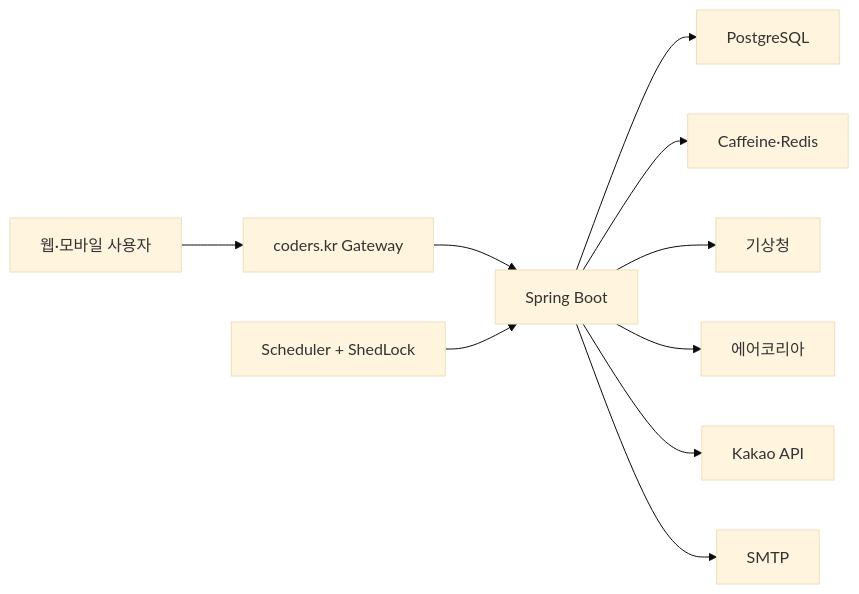
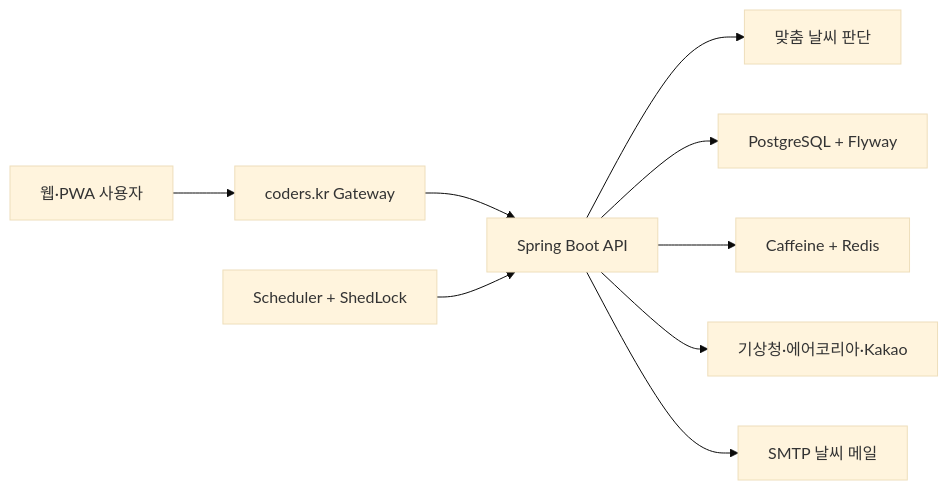
The diagram in README.md (boclair98/Weather), drawn with Mermaid (base theme) before and after one commit. The commit also changed other lines of this file and 11 other files, not shown here.

````diff
--- a/README.md
+++ b/README.md
@@ -110,12 +129,11 @@
 ```mermaid
 flowchart LR
-    U["웹·모바일 사용자"] --> G["coders.kr Gateway"]
-    G --> A["Spring Boot"]
-    A --> DB["PostgreSQL"]
-    A --> C["Caffeine·Redis"]
-    A --> K["기상청"]
-    A --> E["에어코리아"]
-    A --> M["Kakao API"]
-    A --> S["SMTP"]
+    U["웹·PWA 사용자"] --> G["coders.kr Gateway"]
+    G --> A["Spring Boot API"]
+    A --> D["맞춤 날씨 판단"]
+    A --> DB["PostgreSQL + Flyway"]
+    A --> C["Caffeine + Redis"]
+    A --> K["기상청·에어코리아·Kakao"]
     SCH["Scheduler + ShedLock"] --> A
+    A --> M["SMTP 날씨 메일"]
 ```
````
